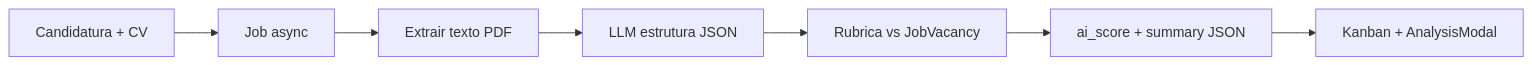
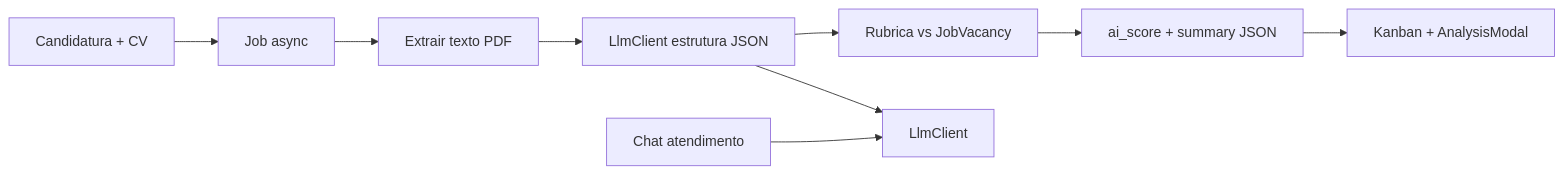
The diagram in docs/analise/plano-ia-analise-curriculo.md (gesintdev/gesint), drawn with Mermaid before and after one commit. The commit also changed other lines of this file and 15 other files, not shown here.

````diff
--- a/docs/analise/plano-ia-analise-curriculo.md
+++ b/docs/analise/plano-ia-analise-curriculo.md
@@ -29,9 +35,11 @@
 ```mermaid
 flowchart LR
   Apply["Candidatura + CV"] --> Queue["Job async"]
   Queue --> Extract["Extrair texto PDF"]
-  Extract --> Parse["LLM estrutura JSON"]
+  Extract --> Parse["LlmClient estrutura JSON"]
   Parse --> Score["Rubrica vs JobVacancy"]
   Score --> Persist["ai_score + summary JSON"]
   Persist --> UI["Kanban + AnalysisModal"]
+  ChatUI["Chat atendimento"] --> LlmClient
+  Parse --> LlmClient
 ```
````
